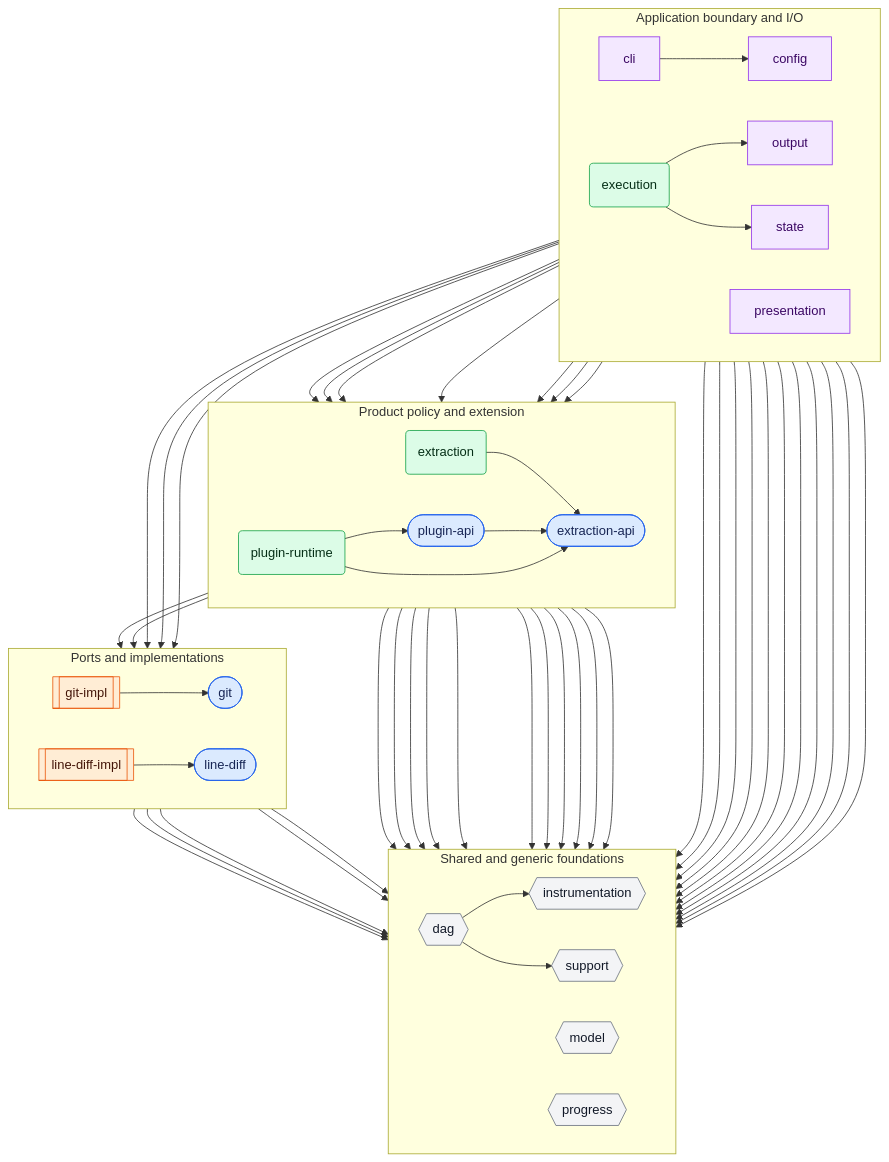
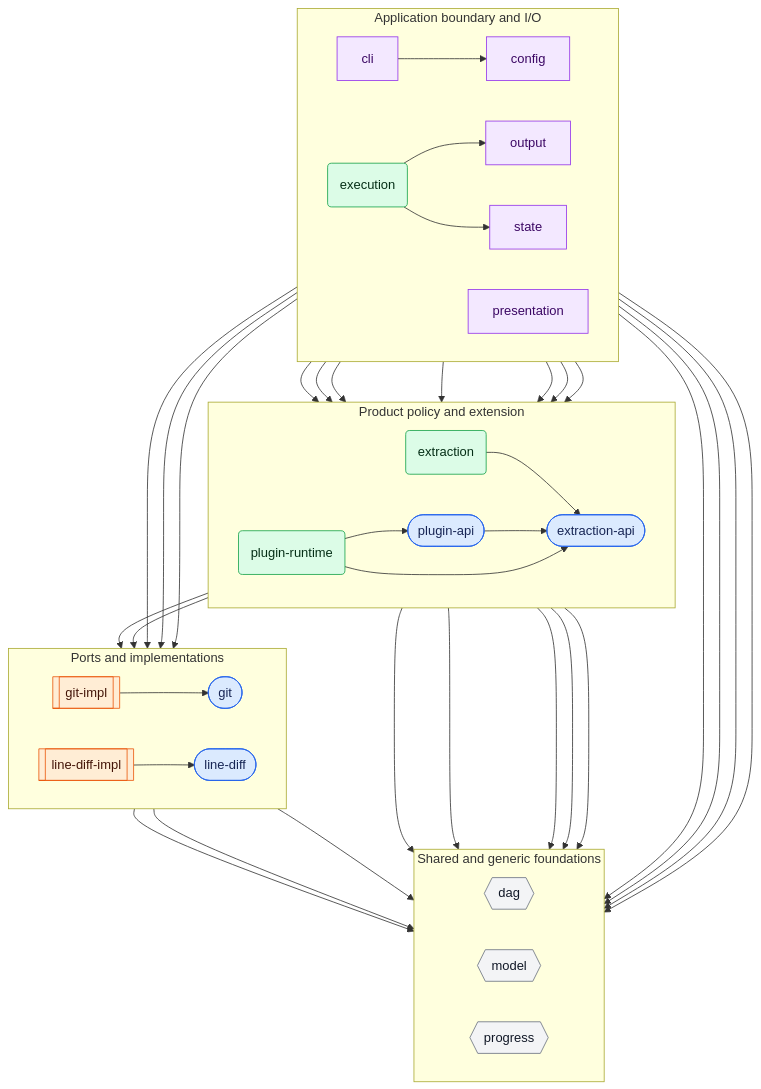
Before and after one commit to gitlode/gitlode: the first of 2 diagrams in packages/gitlode/docs/design/domain-design.md, drawn with Mermaid. The commit also changed other lines of this file, not shown here.

````diff
--- a/packages/gitlode/docs/design/domain-design.md
+++ b/packages/gitlode/docs/design/domain-design.md
@@ -469,10 +472,8 @@
   subgraph foundations["Shared and generic foundations"]
     direction LR
     dag{{"dag"}}
-    instrumentation{{"instrumentation"}}
     model{{"model"}}
     progress{{"progress"}}
-    support{{"support"}}
   end
 
   classDef contract fill:#dbeafe,stroke:#2563eb,color:#172554
@@ -485,18 +486,15 @@
   class gitImpl,lineDiffImpl implementation
   class execution,extraction,pluginRuntime policy
   class cli,config,output,presentation,state boundary
-  class dag,instrumentation,model,progress,support foundation
+  class dag,model,progress foundation
 
   cli --> config
-  cli --> support
   config --> pluginApi
-  config --> support
 
   execution --> extraction
   execution --> extractionApi
   execution --> git
   execution --> gitImpl
-  execution --> instrumentation
   execution --> lineDiffImpl
   execution --> model
   execution --> output
@@ -504,43 +502,29 @@
   execution --> pluginRuntime
   execution --> progress
   execution --> state
-  execution --> support
 
-  presentation --> instrumentation
   presentation --> progress
-  presentation --> support
   output --> extractionApi
   state --> extractionApi
   state --> model
-  state --> support
 
   extraction --> extractionApi
   extraction --> git
-  extraction --> instrumentation
   extraction --> lineDiff
   extraction --> model
   extraction --> progress
-  extraction --> support
   extractionApi --> model
   extractionApi --> progress
-  extractionApi --> support
 
   pluginApi --> extractionApi
-  pluginApi --> instrumentation
   pluginRuntime --> extractionApi
-  pluginRuntime --> instrumentation
   pluginRuntime --> pluginApi
   pluginRuntime --> progress
-  pluginRuntime --> support
 
   git --> model
   gitImpl --> dag
   gitImpl --> git
-  gitImpl --> instrumentation
   gitImpl --> model
-  gitImpl --> support
   lineDiffImpl --> lineDiff
 
-  dag --> instrumentation
-  dag --> support
 ```
````
